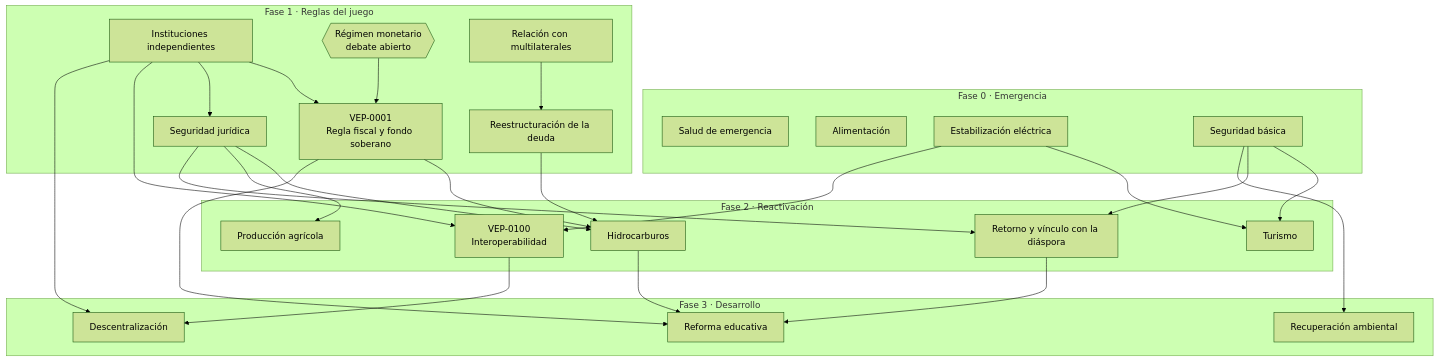
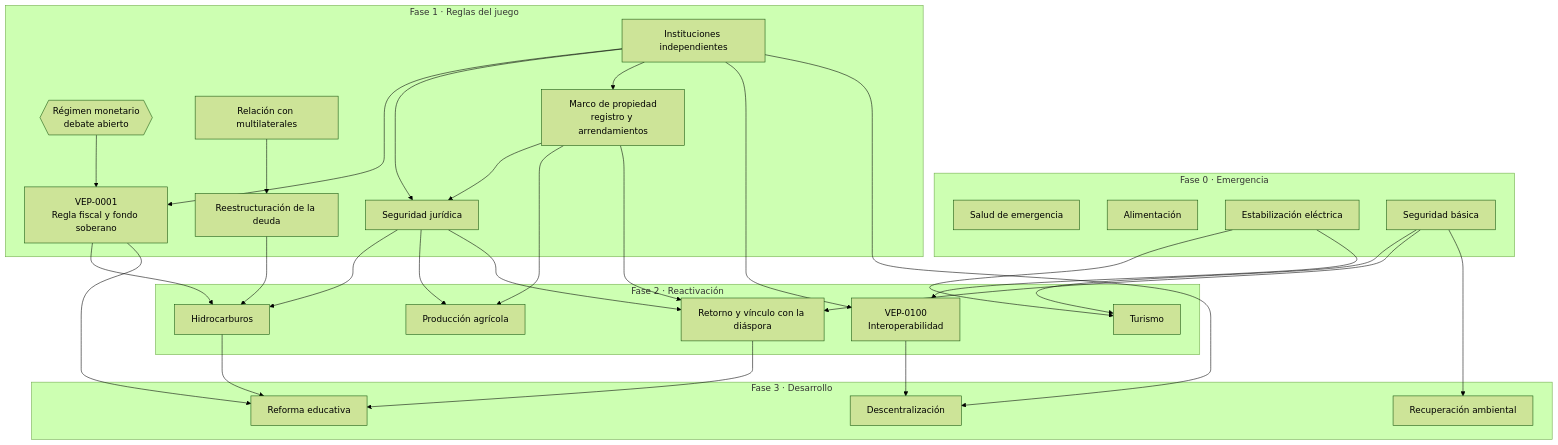
The diagram in ROADMAP.md (ve-abierta/pais), drawn with Mermaid (forest theme) before and after one commit. The commit also changed other lines of this file and 10 other files, not shown here.

````diff
--- a/ROADMAP.md
+++ b/ROADMAP.md
@@ -34,50 +34,55 @@
 ```mermaid
 flowchart TD
     subgraph F0[Fase 0 · Emergencia]
         H[Salud de emergencia]
         AL[Alimentación]
         EL[Estabilización eléctrica]
         SEG[Seguridad básica]
     end
     subgraph F1[Fase 1 · Reglas del juego]
         INST[Instituciones independientes]
         MON{{Régimen monetario<br/>debate abierto}}
         FIS[VEP-0001<br/>Regla fiscal y fondo soberano]
         DEU[Reestructuración de la deuda]
         MUL[Relación con multilaterales]
         JUR[Seguridad jurídica]
+        PROP[Marco de propiedad<br/>registro y arrendamientos]
     end
     subgraph F2[Fase 2 · Reactivación]
         HID[Hidrocarburos]
         TUR[Turismo]
         INT[VEP-0100<br/>Interoperabilidad]
         AGR[Producción agrícola]
         DIA[Retorno y vínculo con la diáspora]
     end
     subgraph F3[Fase 3 · Desarrollo]
         EDU[Reforma educativa]
         AMB[Recuperación ambiental]
         DES[Descentralización]
     end
 
     INST --> FIS
     MON --> FIS
     INST --> JUR
     MUL --> DEU
     DEU --> HID
     JUR --> HID
     JUR --> AGR
+    INST --> PROP
+    PROP --> JUR
+    PROP --> AGR
+    PROP --> DIA
     FIS --> HID
     SEG --> TUR
     EL --> TUR
     EL --> INT
     INST --> INT
     JUR --> DIA
     SEG --> DIA
     HID --> EDU
     FIS --> EDU
     DIA --> EDU
     INT --> DES
     INST --> DES
     SEG --> AMB
 ```
````
